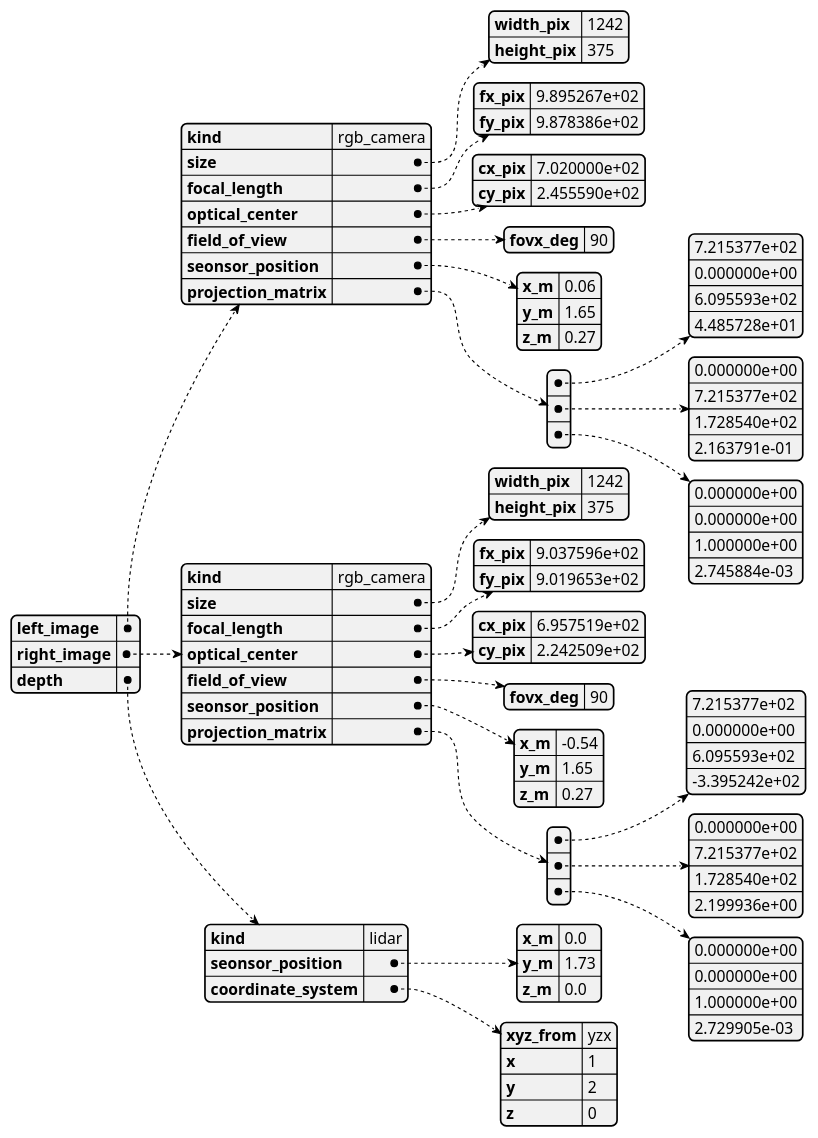
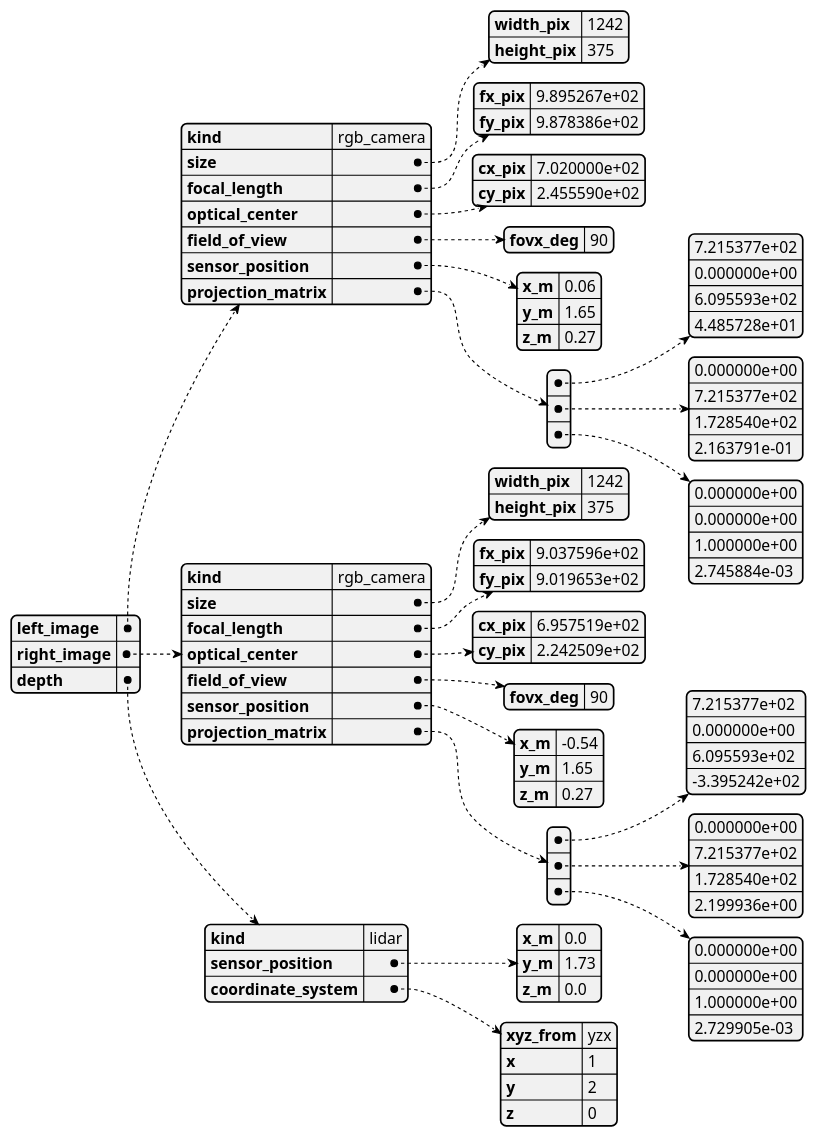
One commit to minoru-github/three-app changed the diagram in docs/import-parameter-json.pu. Above: the diagram before and after it, drawn with PlantUML.

Commit message:
docs: 誤記修正

```diff
--- a/docs/import-parameter-json.pu
+++ b/docs/import-parameter-json.pu
@@ -1,88 +1,88 @@
 @startjson "import-parameter-json"
 {
     "left_image" : {
         "kind":"rgb_camera",
         "size" : {
             "width_pix" : 1242,
             "height_pix" : 375
         }
         ,
         "focal_length" : {
             "fx_pix" : 9.895267e+02,
             "fy_pix" : 9.878386e+02
         }
         ,
         "optical_center" : {
             "cx_pix" : 7.020000e+02,
             "cy_pix" : 2.455590e+02
         }
         ,
         "field_of_view" : {
             "fovx_deg" : 90
         }
         ,
-        "seonsor_position" : {
+        "sensor_position" : {
             "x_m" : 0.06,
             "y_m" : 1.65,
             "z_m" : 0.27
         }
         ,
         "projection_matrix" : [
             [7.215377e+02, 0.000000e+00, 6.095593e+02, 4.485728e+01],
             [0.000000e+00, 7.215377e+02, 1.728540e+02, 2.163791e-01],
             [0.000000e+00, 0.000000e+00, 1.000000e+00, 2.745884e-03]
         ]
     }
     ,
     "right_image" : {
         "kind":"rgb_camera",
         "size" : {
             "width_pix" : 1242,
             "height_pix" : 375
         }
         ,
         "focal_length" : {
             "fx_pix" : 9.037596e+02,
             "fy_pix" : 9.019653e+02
         }
         ,
         "optical_center" : {
             "cx_pix" : 6.957519e+02,
             "cy_pix" : 2.242509e+02
         }
         ,
         "field_of_view" : {
             "fovx_deg" : 90
         }
         ,
-        "seonsor_position" : {
+        "sensor_position" : {
             "x_m" : -0.54,
             "y_m" : 1.65,
             "z_m" : 0.27
         }
         ,
         "projection_matrix" : [
             [7.215377e+02, 0.000000e+00, 6.095593e+02, -3.395242e+02],
             [0.000000e+00, 7.215377e+02, 1.728540e+02, 2.199936e+00],
             [0.000000e+00, 0.000000e+00, 1.000000e+00, 2.729905e-03]
         ]
     }
     ,
 
     "depth" : {
         "kind":"lidar",
-        "seonsor_position" : {
+        "sensor_position" : {
             "x_m" : 0.0,
             "y_m" : 1.73,
             "z_m" : 0.0
         }
         ,
         "coordinate_system":{
             "xyz_from" : "yzx",
             "x" : 1,
             "y" : 2,
             "z" : 0
         }
     }
 }
 @endjson
```
